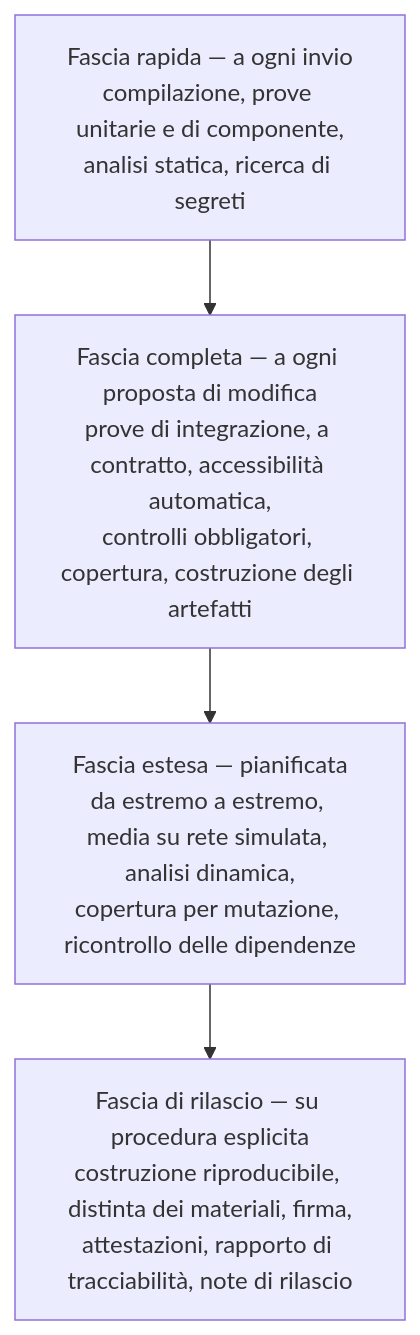
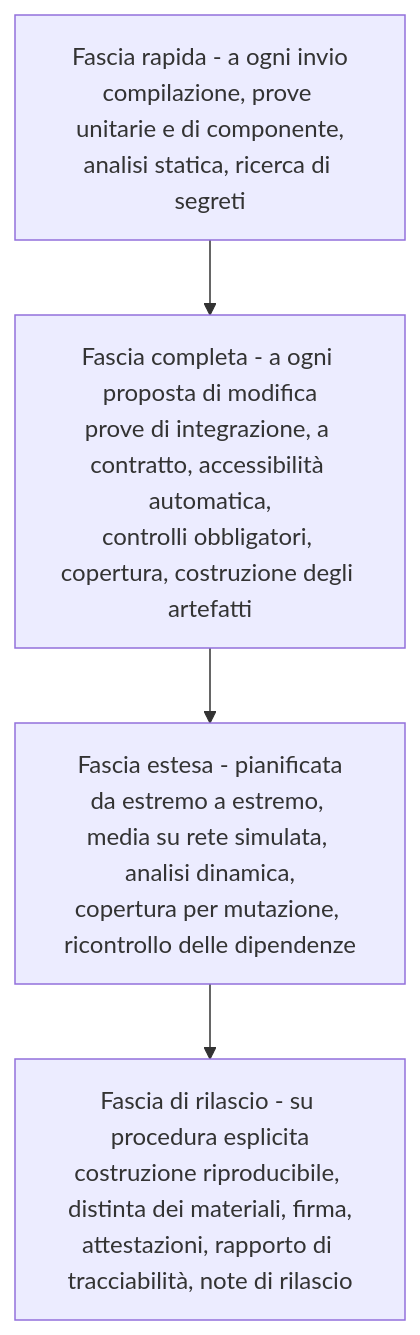
Before and after one commit to fedcal/Telemedic: the diagram in docs/01_technical/09-integrazione-continua-e-rilascio.md, drawn with Mermaid. The commit also changed other lines of this file and 301 other files, not shown here.

````diff
--- a/docs/01_technical/09-integrazione-continua-e-rilascio.md
+++ b/docs/01_technical/09-integrazione-continua-e-rilascio.md
@@ -47,7 +47,7 @@
 ```mermaid
 flowchart TB
-    A[Fascia rapida — a ogni invio<br/>compilazione, prove unitarie e di componente,<br/>analisi statica, ricerca di segreti] --> B
-    B[Fascia completa — a ogni proposta di modifica<br/>prove di integrazione, a contratto, accessibilità automatica,<br/>controlli obbligatori, copertura, costruzione degli artefatti] --> C
-    C[Fascia estesa — pianificata<br/>da estremo a estremo, media su rete simulata, analisi dinamica,<br/>copertura per mutazione, ricontrollo delle dipendenze] --> D
-    D[Fascia di rilascio — su procedura esplicita<br/>costruzione riproducibile, distinta dei materiali, firma,<br/>attestazioni, rapporto di tracciabilità, note di rilascio]
+    A[Fascia rapida - a ogni invio<br/>compilazione, prove unitarie e di componente,<br/>analisi statica, ricerca di segreti] --> B
+    B[Fascia completa - a ogni proposta di modifica<br/>prove di integrazione, a contratto, accessibilità automatica,<br/>controlli obbligatori, copertura, costruzione degli artefatti] --> C
+    C[Fascia estesa - pianificata<br/>da estremo a estremo, media su rete simulata, analisi dinamica,<br/>copertura per mutazione, ricontrollo delle dipendenze] --> D
+    D[Fascia di rilascio - su procedura esplicita<br/>costruzione riproducibile, distinta dei materiali, firma,<br/>attestazioni, rapporto di tracciabilità, note di rilascio]
 ```
````
